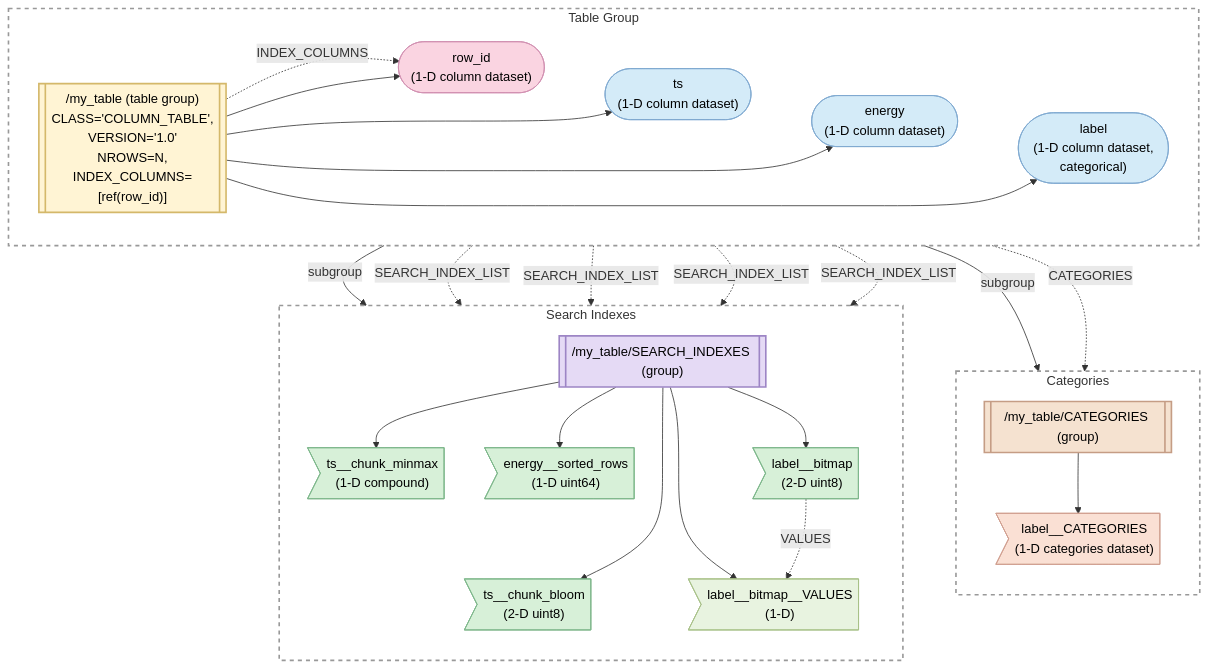
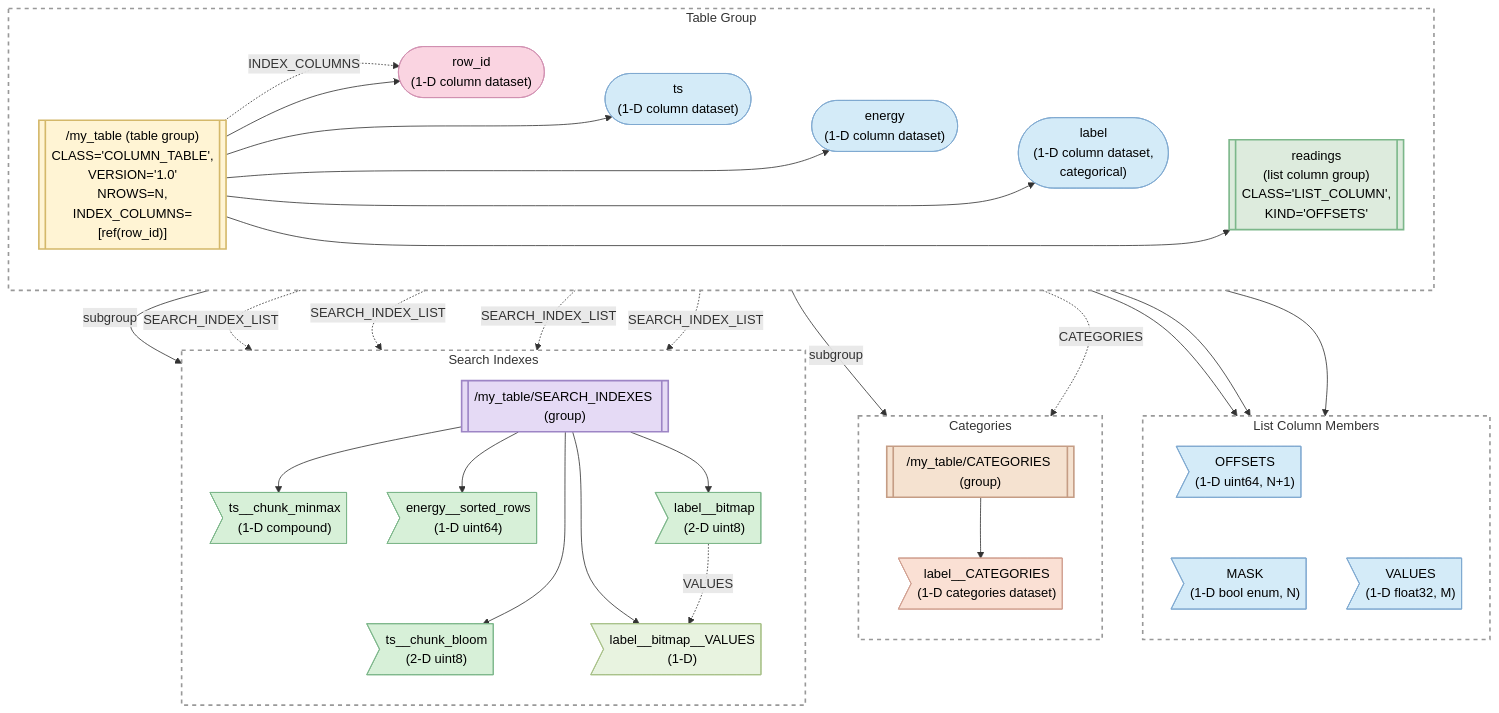
The second of 8 diagrams in HEP001/index.md (HDFAlliance/heps), drawn with Mermaid before and after one commit. The commit also changed other lines of this file, not shown here.

```diff
--- a/HEP001/index.md
+++ b/HEP001/index.md
@@ -283,10 +287,20 @@
     c1(["ts<br>(1-D column dataset)"])
     c2(["energy<br>(1-D column dataset)"])
     c3(["label<br>(1-D column dataset,<br/>categorical)"])
+    c4[["readings<br/>(list column group)<br/>CLASS='LIST_COLUMN',<br/>KIND='OFFSETS'"]]
 
     TG -.->|"INDEX_COLUMNS"| c0
 
-    c0 ~~~ c1 ~~~ c2 ~~~ c3
+    c0 ~~~ c1 ~~~ c2 ~~~ c3 ~~~ c4
+  end
+
+  subgraph List_Column [List Column Members]
+    direction TB
+    lo>"OFFSETS<br/>(1-D uint64, N+1)"]
+    lm>"MASK<br/>(1-D bool enum, N)"]
+    lv>"VALUES<br/>(1-D float32, M)"]
+
+    lo ~~~ lm
   end
 
   subgraph Categories [Categories]
@@ -313,8 +327,13 @@
   TG --> c1
   TG --> c2
   TG --> c3
+  TG --> c4
   TG -->|"subgroup"| CG
   TG -->|"subgroup"| SI
+
+  c4 --> lo
+  c4 --> lm
+  c4 --> lv
 
   CG --> cc
 
@@ -341,15 +360,19 @@
   classDef catData    fill:#FAE0D4,stroke:#D09F90,stroke-width:1px,color:#000
   classDef siData     fill:#D7F0D8,stroke:#7CB78A,stroke-width:1px,color:#000
   classDef siValues   fill:#E8F3E0,stroke:#A8C088,stroke-width:1px,color:#000
+  classDef listGroup  fill:#DDEBDD,stroke:#7CB78A,stroke-width:2px,color:#000
   style Table_Group fill:transparent,stroke:#999,stroke-width:2px,stroke-dasharray: 5 5
   style Categories fill:transparent,stroke:#999,stroke-width:2px,stroke-dasharray: 5 5
   style Search_Indexes fill:transparent,stroke:#999,stroke-width:2px,stroke-dasharray: 5 5
+  style List_Column fill:transparent,stroke:#999,stroke-width:2px,stroke-dasharray: 5 5
 
   class TG tableGroup
   class SI siGroup
   class CG catGroup
   class c0 indexCol
   class c1,c2,c3 dataCol
+  class c4 listGroup
+  class lo,lm,lv dataCol
   class cc catData
   class mm,sr,bm,bf siData
   class bv siValues
```
